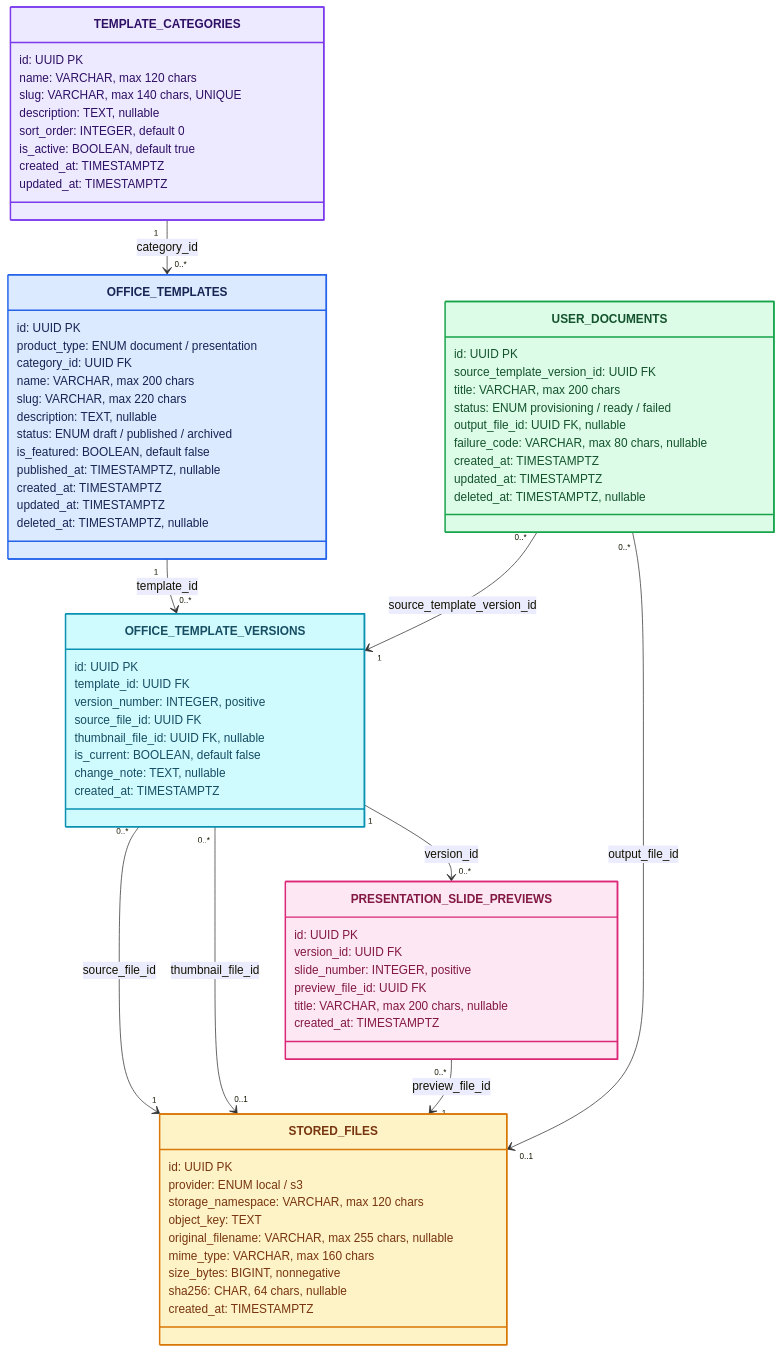
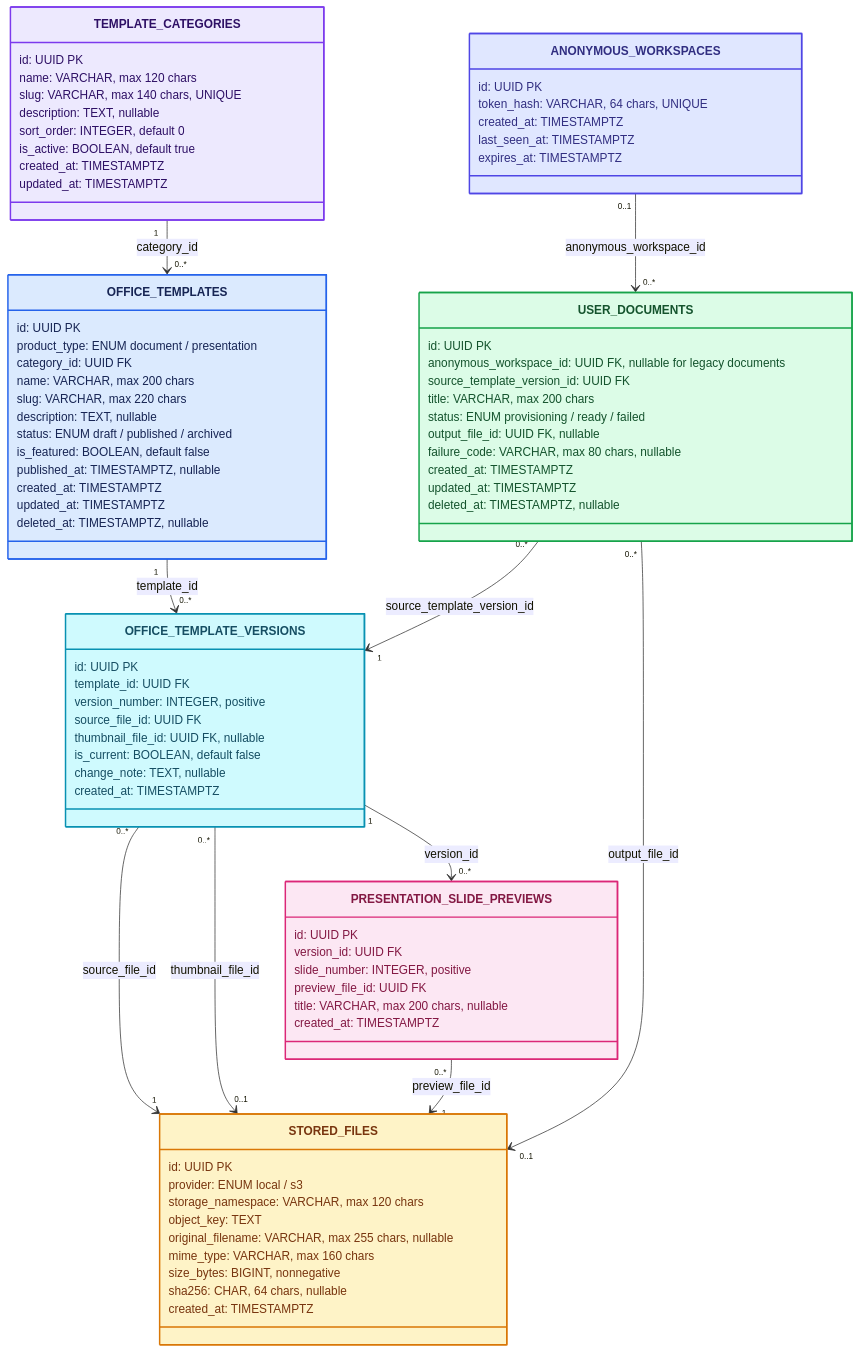
Before and after one commit to Office-Template-Platform/Backend: the diagram in README.md, drawn with Mermaid. The commit also changed other lines of this file, not shown here.

First line of the commit message:
docs(api): document workspace and ONLYOFFICE flows

````diff
--- a/README.md
+++ b/README.md
@@ -360,6 +378,7 @@
 
     class USER_DOCUMENTS:::document {
         id: UUID PK
+        anonymous_workspace_id: UUID FK, nullable for legacy documents
         source_template_version_id: UUID FK
         title: VARCHAR, max 200 chars
         status: ENUM provisioning / ready / failed
@@ -370,6 +389,14 @@
         deleted_at: TIMESTAMPTZ, nullable
     }
 
+    class ANONYMOUS_WORKSPACES:::workspace {
+        id: UUID PK
+        token_hash: VARCHAR, 64 chars, UNIQUE
+        created_at: TIMESTAMPTZ
+        last_seen_at: TIMESTAMPTZ
+        expires_at: TIMESTAMPTZ
+    }
+
     TEMPLATE_CATEGORIES "1" --> "0..*" OFFICE_TEMPLATES : category_id
     OFFICE_TEMPLATES "1" --> "0..*" OFFICE_TEMPLATE_VERSIONS : template_id
     OFFICE_TEMPLATE_VERSIONS "1" --> "0..*" PRESENTATION_SLIDE_PREVIEWS : version_id
@@ -378,6 +405,7 @@
     PRESENTATION_SLIDE_PREVIEWS "0..*" --> "1" STORED_FILES : preview_file_id
     USER_DOCUMENTS "0..*" --> "1" OFFICE_TEMPLATE_VERSIONS : source_template_version_id
     USER_DOCUMENTS "0..*" --> "0..1" STORED_FILES : output_file_id
+    ANONYMOUS_WORKSPACES "0..1" --> "0..*" USER_DOCUMENTS : anonymous_workspace_id
 
     classDef category fill:#ede9fe,stroke:#7c3aed,color:#2e1065,stroke-width:2px
     classDef template fill:#dbeafe,stroke:#2563eb,color:#172554,stroke-width:2px
@@ -385,4 +413,5 @@
     classDef preview fill:#fce7f3,stroke:#db2777,color:#831843,stroke-width:2px
     classDef file fill:#fef3c7,stroke:#d97706,color:#78350f,stroke-width:2px
     classDef document fill:#dcfce7,stroke:#16a34a,color:#14532d,stroke-width:2px
+    classDef workspace fill:#e0e7ff,stroke:#4f46e5,color:#312e81,stroke-width:2px
 ```
````
